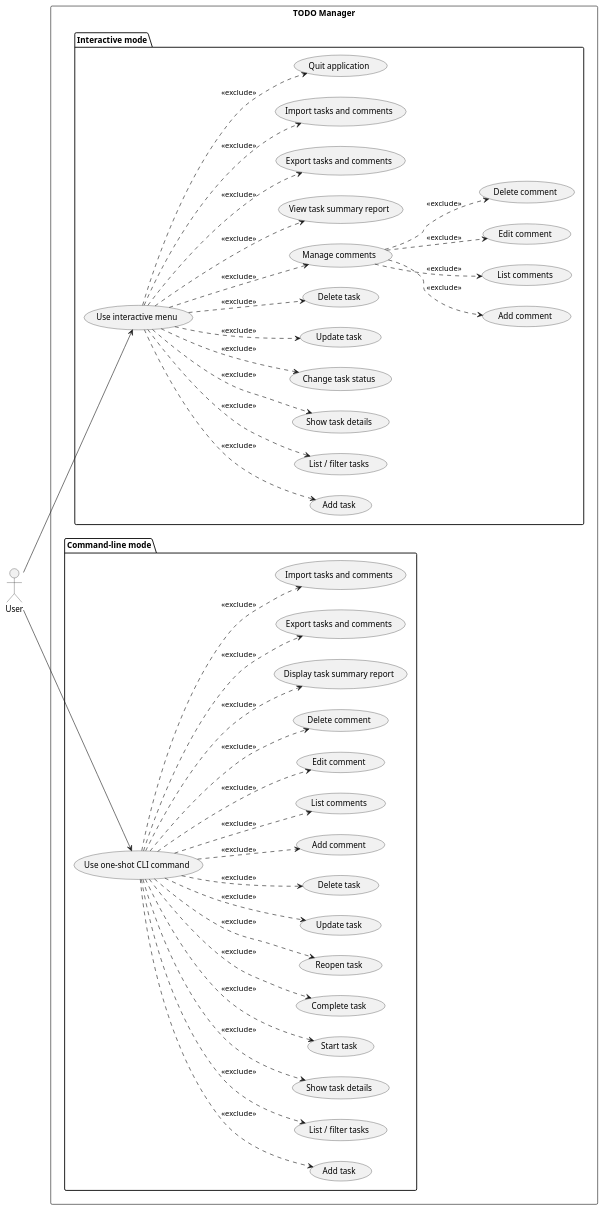
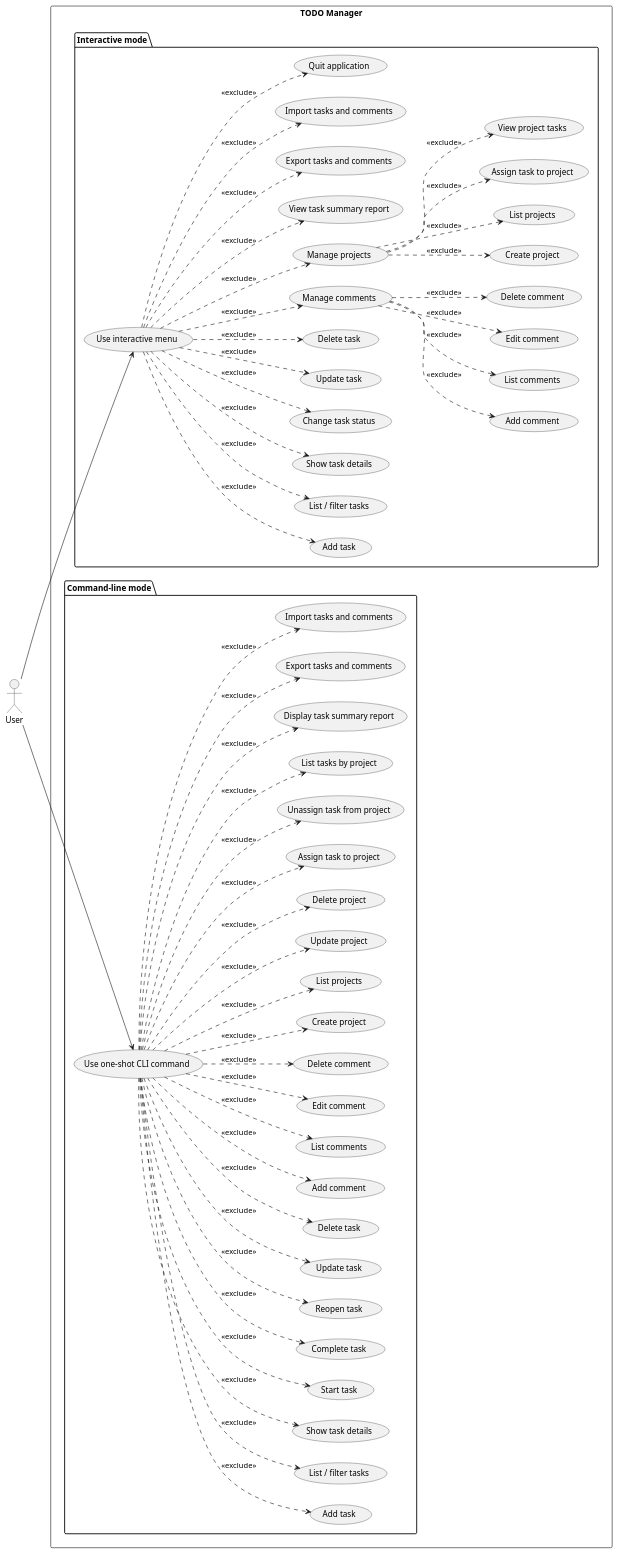
The diagram in experiments/broadcast/user_stories/TODO/artifacts/use_case_diagram.puml (DanielRiha8906/Software_autoevolution_using_agents), drawn with PlantUML before and after one commit. The commit also changed 4 other files, not shown here.

First line of the commit message:
task 08 | update diagrams and documentation for project grouping

```diff
--- a/experiments/broadcast/user_stories/TODO/artifacts/use_case_diagram.puml
+++ b/experiments/broadcast/user_stories/TODO/artifacts/use_case_diagram.puml
@@ -1,83 +1,107 @@
 @startuml use_case_diagram
 
 left to right direction
 
 actor User
 
 rectangle "TODO Manager" {
 
   package "Interactive mode" {
     usecase "Use interactive menu" as UI
     usecase "Add task" as I_ADD
     usecase "List / filter tasks" as I_LIST
     usecase "Show task details" as I_SHOW
     usecase "Change task status" as I_STATUS
     usecase "Update task" as I_UPDATE
     usecase "Delete task" as I_DELETE
     usecase "Manage comments" as I_COMMENTS
     usecase "Add comment" as I_COMMENT_ADD
     usecase "List comments" as I_COMMENT_LIST
     usecase "Edit comment" as I_COMMENT_EDIT
     usecase "Delete comment" as I_COMMENT_DELETE
+    usecase "Manage projects" as I_PROJECTS
+    usecase "Create project" as I_PROJECT_CREATE
+    usecase "List projects" as I_PROJECT_LIST
+    usecase "Assign task to project" as I_PROJECT_ASSIGN
+    usecase "View project tasks" as I_PROJECT_TASKS
     usecase "View task summary report" as I_REPORT
     usecase "Export tasks and comments" as I_EXPORT
     usecase "Import tasks and comments" as I_IMPORT
     usecase "Quit application" as I_QUIT
   }
 
   package "Command-line mode" {
     usecase "Use one-shot CLI command" as CLI
     usecase "Add task" as C_ADD
     usecase "List / filter tasks" as C_LIST
     usecase "Show task details" as C_SHOW
     usecase "Start task" as C_START
     usecase "Complete task" as C_DONE
     usecase "Reopen task" as C_REOPEN
     usecase "Update task" as C_UPDATE
     usecase "Delete task" as C_DELETE
     usecase "Add comment" as C_COMMENT_ADD
     usecase "List comments" as C_COMMENT_LIST
     usecase "Edit comment" as C_COMMENT_EDIT
     usecase "Delete comment" as C_COMMENT_DELETE
+    usecase "Create project" as C_PROJECT_CREATE
+    usecase "List projects" as C_PROJECT_LIST
+    usecase "Update project" as C_PROJECT_UPDATE
+    usecase "Delete project" as C_PROJECT_DELETE
+    usecase "Assign task to project" as C_PROJECT_ASSIGN
+    usecase "Unassign task from project" as C_PROJECT_UNASSIGN
+    usecase "List tasks by project" as C_PROJECT_TASKS
     usecase "Display task summary report" as C_REPORT
     usecase "Export tasks and comments" as C_EXPORT
     usecase "Import tasks and comments" as C_IMPORT
   }
 }
 
 User --> UI
 User --> CLI
 
 UI ..> I_ADD    : <<exclude>>
 UI ..> I_LIST   : <<exclude>>
 UI ..> I_SHOW   : <<exclude>>
 UI ..> I_STATUS : <<exclude>>
 UI ..> I_UPDATE : <<exclude>>
 UI ..> I_DELETE : <<exclude>>
 UI ..> I_COMMENTS : <<exclude>>
 I_COMMENTS ..> I_COMMENT_ADD : <<exclude>>
 I_COMMENTS ..> I_COMMENT_LIST : <<exclude>>
 I_COMMENTS ..> I_COMMENT_EDIT : <<exclude>>
 I_COMMENTS ..> I_COMMENT_DELETE : <<exclude>>
+UI ..> I_PROJECTS : <<exclude>>
+I_PROJECTS ..> I_PROJECT_CREATE : <<exclude>>
+I_PROJECTS ..> I_PROJECT_LIST : <<exclude>>
+I_PROJECTS ..> I_PROJECT_ASSIGN : <<exclude>>
+I_PROJECTS ..> I_PROJECT_TASKS : <<exclude>>
 UI ..> I_REPORT : <<exclude>>
 UI ..> I_EXPORT : <<exclude>>
 UI ..> I_IMPORT : <<exclude>>
 UI ..> I_QUIT   : <<exclude>>
 
 CLI ..> C_ADD    : <<exclude>>
 CLI ..> C_LIST   : <<exclude>>
 CLI ..> C_SHOW   : <<exclude>>
 CLI ..> C_START  : <<exclude>>
 CLI ..> C_DONE   : <<exclude>>
 CLI ..> C_REOPEN : <<exclude>>
 CLI ..> C_UPDATE : <<exclude>>
 CLI ..> C_DELETE : <<exclude>>
 CLI ..> C_COMMENT_ADD : <<exclude>>
 CLI ..> C_COMMENT_LIST : <<exclude>>
 CLI ..> C_COMMENT_EDIT : <<exclude>>
 CLI ..> C_COMMENT_DELETE : <<exclude>>
+CLI ..> C_PROJECT_CREATE : <<exclude>>
+CLI ..> C_PROJECT_LIST : <<exclude>>
+CLI ..> C_PROJECT_UPDATE : <<exclude>>
+CLI ..> C_PROJECT_DELETE : <<exclude>>
+CLI ..> C_PROJECT_ASSIGN : <<exclude>>
+CLI ..> C_PROJECT_UNASSIGN : <<exclude>>
+CLI ..> C_PROJECT_TASKS : <<exclude>>
 CLI ..> C_REPORT : <<exclude>>
 CLI ..> C_EXPORT : <<exclude>>
 CLI ..> C_IMPORT : <<exclude>>
 
 @enduml
```
